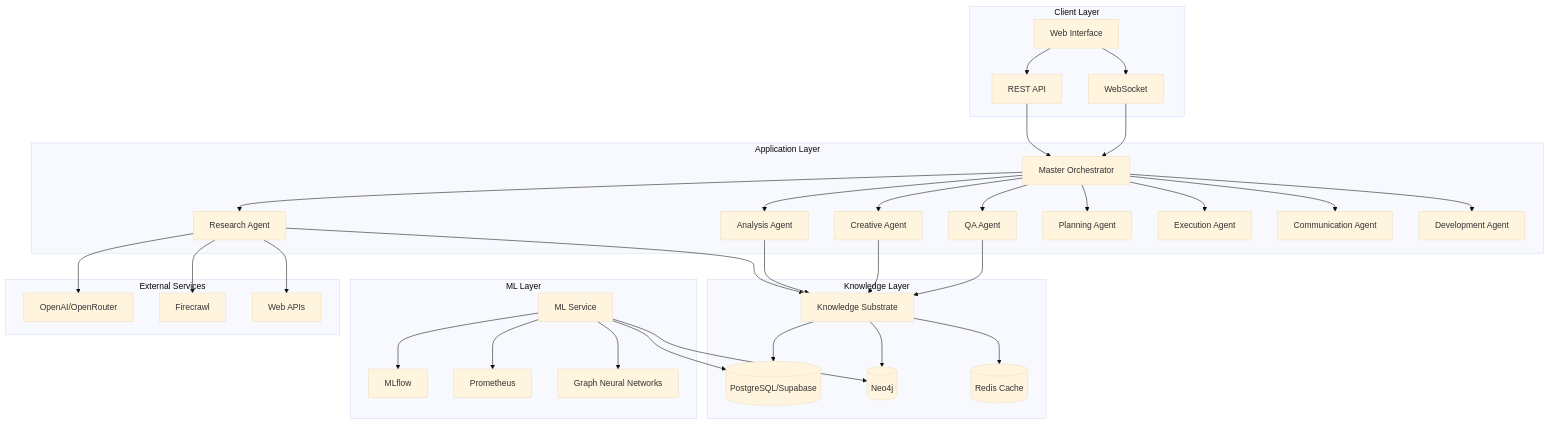
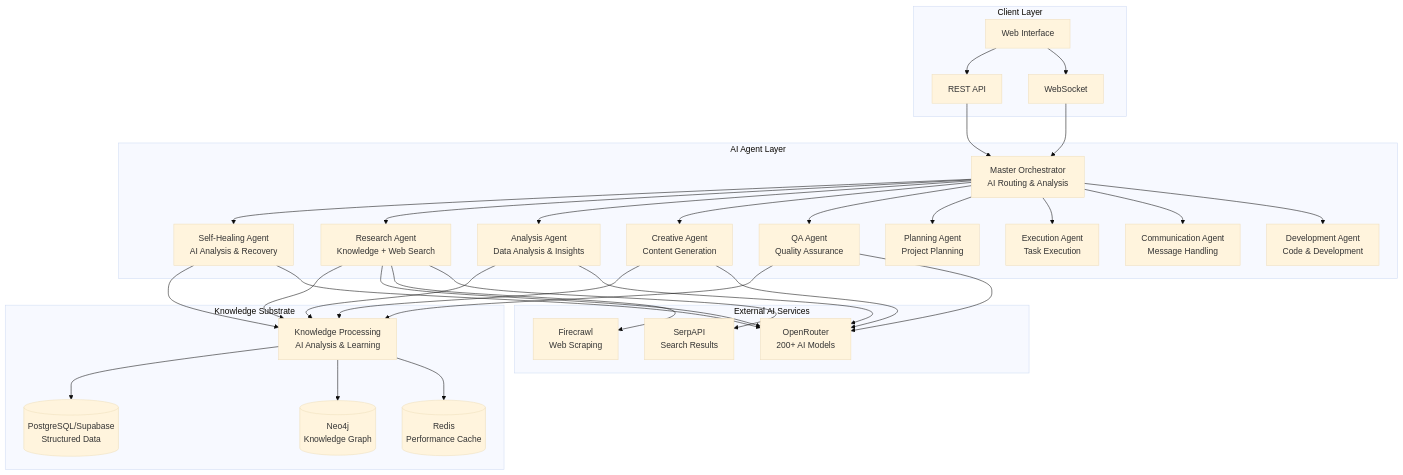
One commit to KevinDyerAU/AthenAiV2 changed the first of 3 diagrams in README.md. Above: the diagram before and after it, drawn with Mermaid (base theme). The commit also changed other lines of this file and 5 other files, not shown here.

Commit message:
docs: update README with new self-healing architecture and remove MLOps components

````diff
--- a/README.md
+++ b/README.md
@@ -54,73 +63,67 @@
 ```mermaid
 graph TB
     subgraph "Client Layer"
         WEB[Web Interface]
         API[REST API]
         WS[WebSocket]
     end
     
-    subgraph "Application Layer"
-        MO[Master Orchestrator]
-        RA[Research Agent]
-        AA[Analysis Agent]
-        CA[Creative Agent]
-        QA[QA Agent]
-        PA[Planning Agent]
-        EA[Execution Agent]
-        CMA[Communication Agent]
-        DA[Development Agent]
+    subgraph "AI Agent Layer"
+        MO[Master Orchestrator<br/>AI Routing & Analysis]
+        SH[Self-Healing Agent<br/>AI Analysis & Recovery]
+        RA[Research Agent<br/>Knowledge + Web Search]
+        AA[Analysis Agent<br/>Data Analysis & Insights]
+        CA[Creative Agent<br/>Content Generation]
+        QA[QA Agent<br/>Quality Assurance]
+        PA[Planning Agent<br/>Project Planning]
+        EA[Execution Agent<br/>Task Execution]
+        CMA[Communication Agent<br/>Message Handling]
+        DA[Development Agent<br/>Code & Development]
     end
     
-    subgraph "Knowledge Layer"
-        KS[Knowledge Substrate]
-        PG[(PostgreSQL/Supabase)]
-        NEO[(Neo4j)]
-        REDIS[(Redis Cache)]
+    subgraph "Knowledge Substrate"
+        KS[Knowledge Processing<br/>AI Analysis & Learning]
+        PG[(PostgreSQL/Supabase<br/>Structured Data)]
+        NEO[(Neo4j<br/>Knowledge Graph)]
+        REDIS[(Redis<br/>Performance Cache)]
     end
     
-    subgraph "ML Layer"
-        MLS[ML Service]
-        MLF[MLflow]
-        PROM[Prometheus]
-        GNN[Graph Neural Networks]
-    end
-    
-    subgraph "External Services"
-        OAI[OpenAI/OpenRouter]
-        FC[Firecrawl]
-        WEB_API[Web APIs]
+    subgraph "External AI Services"
+        OR[OpenRouter<br/>200+ AI Models]
+        FC[Firecrawl<br/>Web Scraping]
+        SERP[SerpAPI<br/>Search Results]
     end
     
     WEB --> API
     WEB --> WS
     API --> MO
     WS --> MO
     
+    MO --> SH
     MO --> RA
     MO --> AA
     MO --> CA
     MO --> QA
     MO --> PA
     MO --> EA
     MO --> CMA
     MO --> DA
     
+    SH --> KS
     RA --> KS
     AA --> KS
     CA --> KS
     QA --> KS
     
     KS --> PG
     KS --> NEO
     KS --> REDIS
     
-    MLS --> MLF
-    MLS --> PROM
-    MLS --> GNN
-    MLS --> NEO
-    MLS --> PG
-    
-    RA --> OAI
+    RA --> OR
     RA --> FC
-    RA --> WEB_API
+    RA --> SERP
+    AA --> OR
+    CA --> OR
+    QA --> OR
+    SH --> OR
 ```
````
